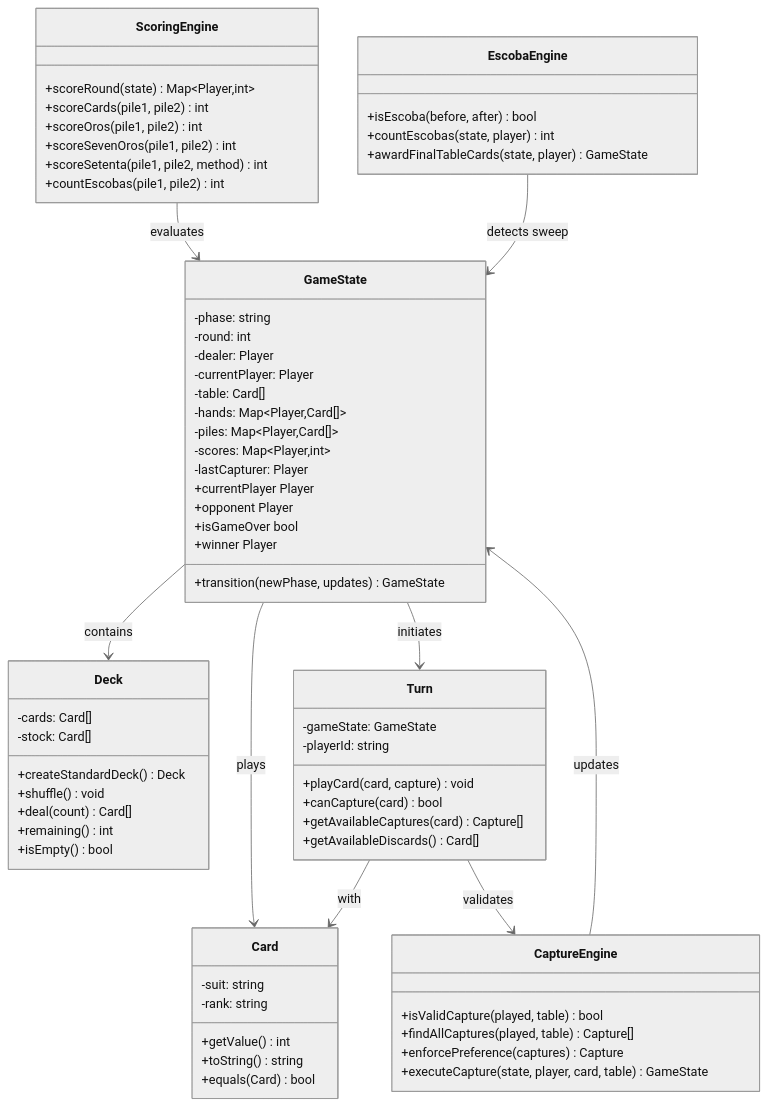
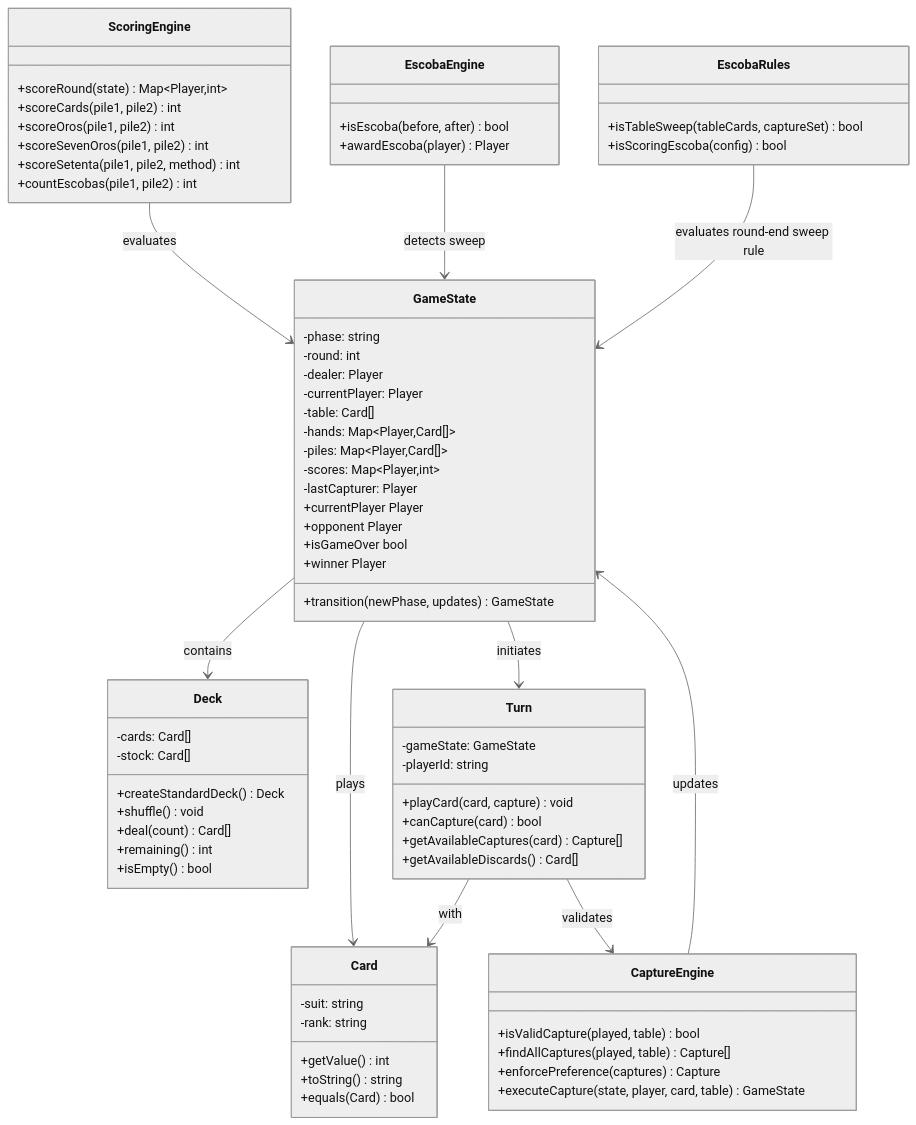
Before and after one commit to OMerkel/escoba: the first of 11 diagrams in doc/software_architecture_diagrams.md, drawn with Mermaid (neutral theme). The commit also changed other lines of this file and 24 other files, not shown here.

First line of the commit message:
Consistent rules on escoba.

````diff
--- a/doc/software_architecture_diagrams.md
+++ b/doc/software_architecture_diagrams.md
@@ -35,77 +35,82 @@
 ```mermaid
 classDiagram
     class Card {
         -suit: string
         -rank: string
         +getValue() int
         +toString() string
         +equals(Card) bool
     }
 
     class Deck {
         -cards: Card[]
         -stock: Card[]
         +createStandardDeck() Deck
         +shuffle() void
         +deal(count) Card[]
         +remaining() int
         +isEmpty() bool
     }
 
     class GameState {
         -phase: string
         -round: int
         -dealer: Player
         -currentPlayer: Player
         -table: Card[]
         -hands: Map~Player,Card[]~
         -piles: Map~Player,Card[]~
         -scores: Map~Player,int~
         -lastCapturer: Player
         +transition(newPhase, updates) GameState
         +currentPlayer Player
         +opponent Player
         +isGameOver bool
         +winner Player
     }
 
     class Turn {
         -gameState: GameState
         -playerId: string
         +playCard(card, capture) void
         +canCapture(card) bool
         +getAvailableCaptures(card) Capture[]
         +getAvailableDiscards() Card[]
     }
 
     class CaptureEngine {
         +isValidCapture(played, table) bool
         +findAllCaptures(played, table) Capture[]
         +enforcePreference(captures) Capture
         +executeCapture(state, player, card, table) GameState
     }
 
     class ScoringEngine {
         +scoreRound(state) Map~Player,int~
         +scoreCards(pile1, pile2) int
         +scoreOros(pile1, pile2) int
         +scoreSevenOros(pile1, pile2) int
         +scoreSetenta(pile1, pile2, method) int
         +countEscobas(pile1, pile2) int
     }
 
     class EscobaEngine {
         +isEscoba(before, after) bool
-        +countEscobas(state, player) int
-        +awardFinalTableCards(state, player) GameState
+        +awardEscoba(player) Player
+    }
+
+    class EscobaRules {
+        +isTableSweep(tableCards, captureSet) bool
+        +isScoringEscoba(config) bool
     }
 
     GameState --> Deck: contains
     GameState --> Card: plays
     GameState --> Turn: initiates
     Turn --> CaptureEngine: validates
     Turn --> Card: with
     CaptureEngine --> GameState: updates
     ScoringEngine --> GameState: evaluates
     EscobaEngine --> GameState: detects sweep
+    EscobaRules --> GameState: evaluates round-end sweep rule
 ```
````
